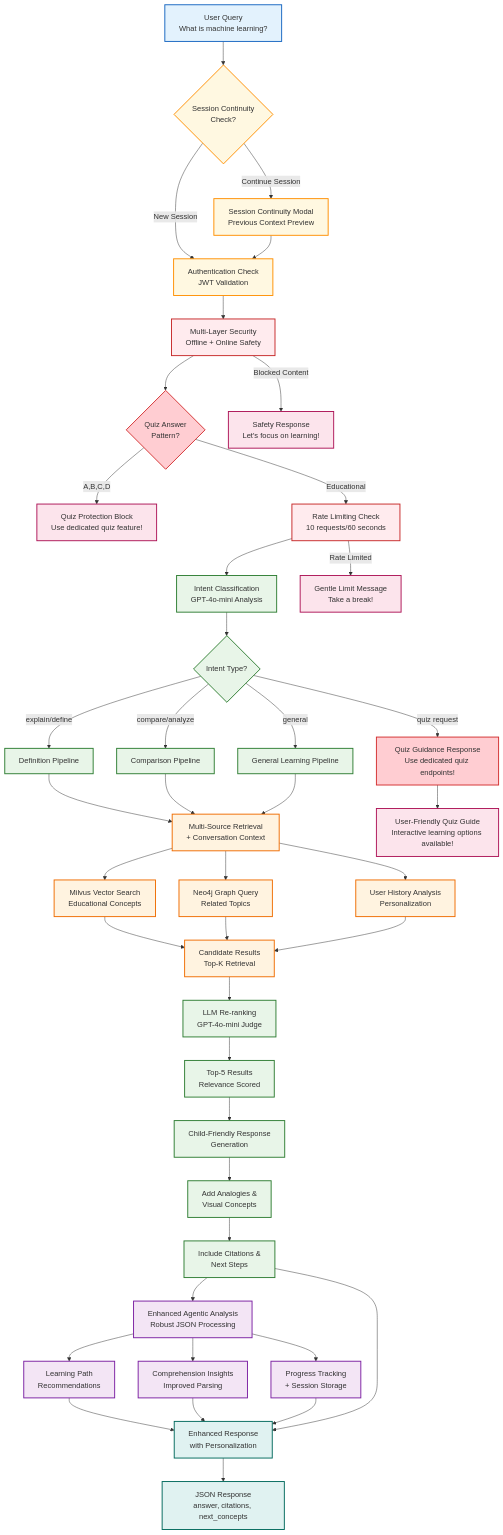
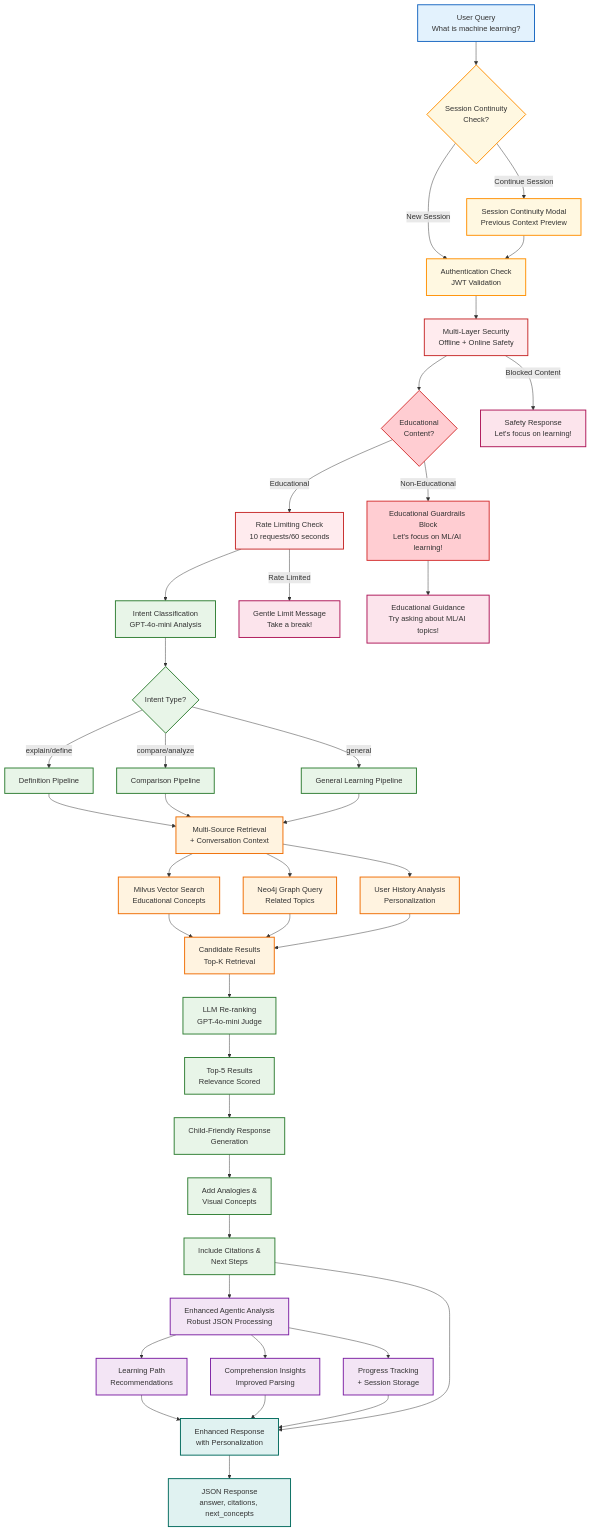
One commit to edulapalle/AI-ML-Tutor changed the diagram in rag_system_flow.mmd. Above: the diagram before and after it, drawn with Mermaid. The commit also changed 24 other files, not shown here.

```diff
--- a/rag_system_flow.mmd
+++ b/rag_system_flow.mmd
@@ -1,87 +1,86 @@
 flowchart TD
     %% User Input
     A[User Query<br/>What is machine learning?] --> SessionCheck{Session Continuity<br/>Check?}
     SessionCheck -->|New Session| B[Authentication Check<br/>JWT Validation]
     SessionCheck -->|Continue Session| SessionModal[Session Continuity Modal<br/>Previous Context Preview]
     SessionModal --> B
     
     %% Security Layer
     B --> C[Multi-Layer Security<br/>Offline + Online Safety]
-    C --> QuizBlock{Quiz Answer<br/>Pattern?}
-    QuizBlock -->|A,B,C,D| QuizError[Quiz Protection Block<br/>Use dedicated quiz feature!]
-    QuizBlock -->|Educational| D[Rate Limiting Check<br/>10 requests/60 seconds]
+    C --> GuardCheck{Educational<br/>Content?}
+    GuardCheck -->|Non-Educational| GuardBlock[Educational Guardrails Block<br/>Let's focus on ML/AI learning!]
+    GuardCheck -->|Educational| D[Rate Limiting Check<br/>10 requests/60 seconds]
     
     %% RAG Pipeline Start
     D --> E[Intent Classification<br/>GPT-4o-mini Analysis]
     
     %% Intent Routing
     E --> F{Intent Type?}
     F -->|explain/define| G[Definition Pipeline]
     F -->|compare/analyze| H[Comparison Pipeline]
-    F -->|quiz request| QuizGuidance[Quiz Guidance Response<br/>Use dedicated quiz endpoints!]
     F -->|general| J[General Learning Pipeline]
     
     %% Multi-Source Retrieval
     G --> K[Multi-Source Retrieval<br/>+ Conversation Context]
     H --> K
     J --> K
     
     %% Retrieval Sources
     K --> L[Milvus Vector Search<br/>Educational Concepts]
     K --> M[Neo4j Graph Query<br/>Related Topics]
     K --> N[User History Analysis<br/>Personalization]
     
     %% Results Processing
     L --> O[Candidate Results<br/>Top-K Retrieval]
     M --> O
     N --> O
     
     %% Re-ranking
     O --> P[LLM Re-ranking<br/>GPT-4o-mini Judge]
     P --> Q[Top-5 Results<br/>Relevance Scored]
     
     %% Response Composition
     Q --> R[Child-Friendly Response<br/>Generation]
     R --> S[Add Analogies &<br/>Visual Concepts]
     S --> T[Include Citations &<br/>Next Steps]
     
     %% Agentic Enhancement
     T --> U[Enhanced Agentic Analysis<br/>Robust JSON Processing]
     U --> V[Learning Path<br/>Recommendations]
     U --> W[Comprehension Insights<br/>Improved Parsing]
     U --> X[Progress Tracking<br/>+ Session Storage]
     
     %% Final Response
     V --> Y[Enhanced Response<br/>with Personalization]
     W --> Y
     X --> Y
     T --> Y
     
     %% Output
     Y --> Z[JSON Response<br/>answer, citations, next_concepts]
     
-    %% Error Handling & New Responses
+    %% Error Handling & Responses
     C -->|Blocked Content| AA[Safety Response<br/>Let's focus on learning!]
     D -->|Rate Limited| BB[Gentle Limit Message<br/>Take a break!]
-    QuizGuidance --> CC[User-Friendly Quiz Guide<br/>Interactive learning options available!]
+    GuardBlock --> CC[Educational Guidance<br/>Try asking about ML/AI topics!]
     
     %% Styling
     classDef input fill:#e3f2fd,stroke:#1565c0,stroke-width:2px
     classDef security fill:#ffebee,stroke:#c62828,stroke-width:2px
     classDef processing fill:#e8f5e8,stroke:#2e7d32,stroke-width:2px
     classDef retrieval fill:#fff3e0,stroke:#ef6c00,stroke-width:2px
     classDef enhancement fill:#f3e5f5,stroke:#7b1fa2,stroke-width:2px
     classDef output fill:#e0f2f1,stroke:#00695c,stroke-width:2px
     classDef error fill:#fce4ec,stroke:#ad1457,stroke-width:2px
     classDef session fill:#fff8e1,stroke:#ff8f00,stroke-width:2px
     classDef protection fill:#ffcdd2,stroke:#d32f2f,stroke-width:2px
     
     class A input
     class B,SessionCheck,SessionModal session
     class C,D security
     class E,F,G,H,J,P,Q,R,S,T processing
     class K,L,M,N,O retrieval
     class U,V,W,X enhancement
     class Y,Z output
-    class AA,BB,CC,QuizError error
-    class QuizBlock,QuizGuidance protection
+    class AA,BB,CC error
+    class GuardCheck,GuardBlock protection
```
